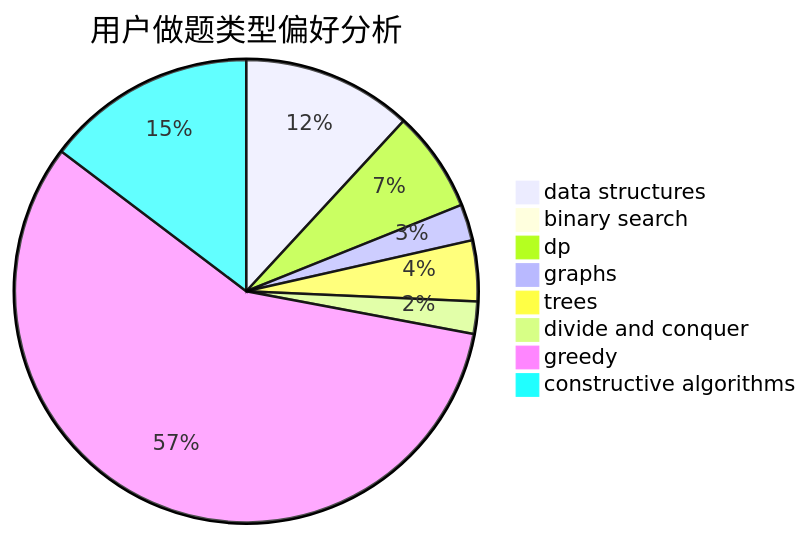
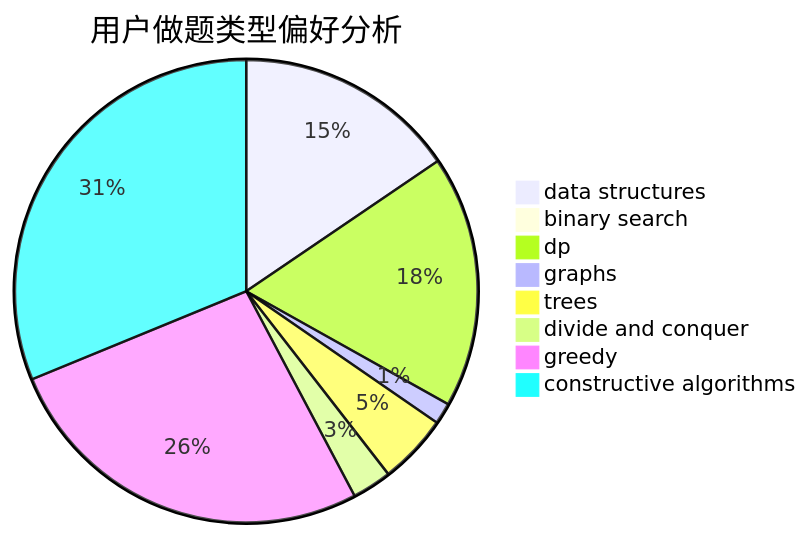
One commit to sherpahu/cfrs.github.io changed the second of 3 diagrams in docs/user/u76.md. Above: the diagram before and after it, drawn with Mermaid. The commit also changed other lines of this file and 2770 other files, not shown here.

````diff
--- a/docs/user/u76.md
+++ b/docs/user/u76.md
@@ -23,11 +23,11 @@
 ```mermaid
 pie title 用户做题类型偏好分析
-    "data structures" :  42
+    "data structures" :  73
     "binary search" :  2
-    "dp" :  25
-    "graphs" :  9
-    "trees" :  15
-    "divide and conquer" :  8
-    "greedy" :  203
-    "constructive algorithms" :  52
+    "dp" :  83
+    "graphs" :  7
+    "trees" :  23
+    "divide and conquer" :  13
+    "greedy" :  125
+    "constructive algorithms" :  147
 ```
````
